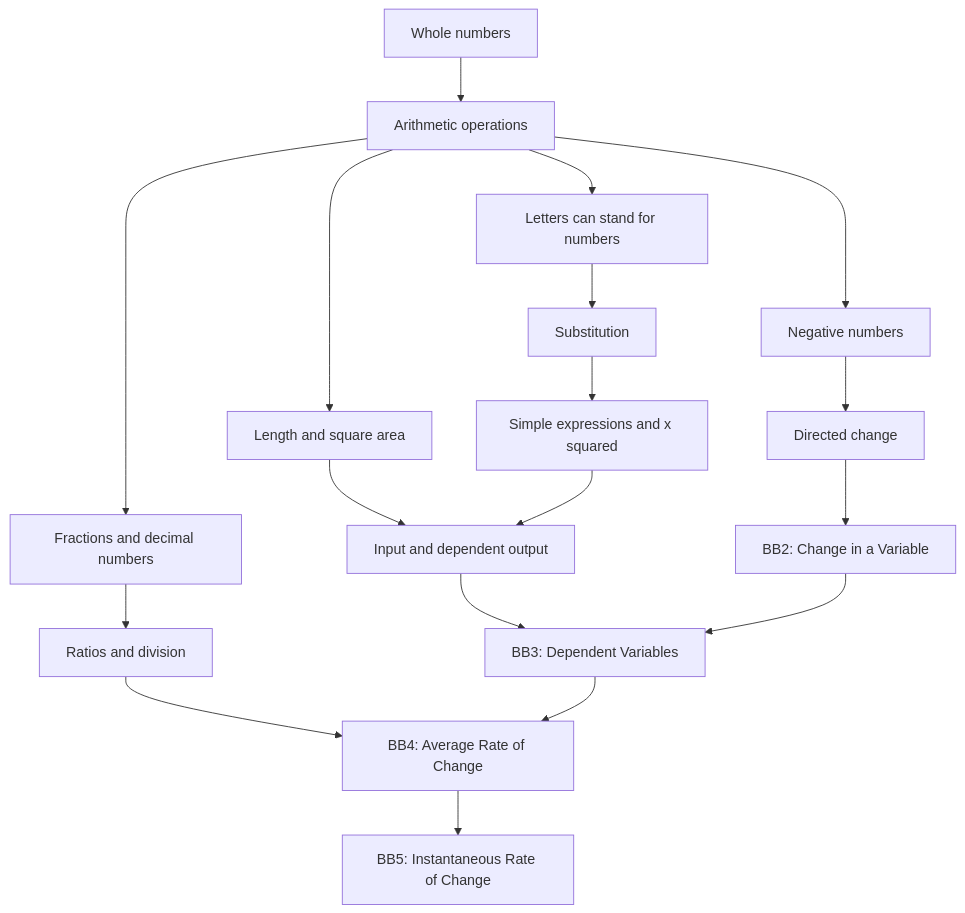
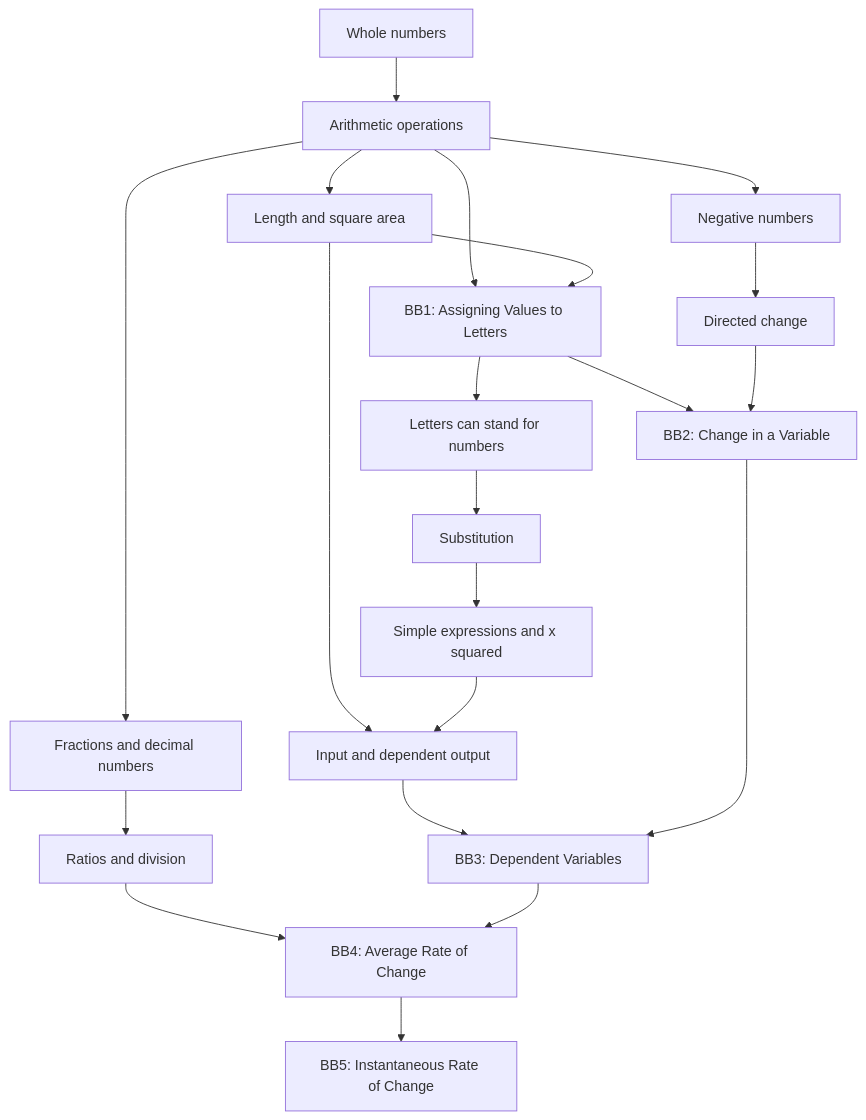
The diagram in curriculum/01-PREREQUISITE-MAP.md (alisid0/QUBIX_UNI-), drawn with Mermaid before and after one commit. The commit also changed other lines of this file and 19 other files, not shown here.

````diff
--- a/curriculum/01-PREREQUISITE-MAP.md
+++ b/curriculum/01-PREREQUISITE-MAP.md
@@ -9,20 +9,23 @@
 ```mermaid
 flowchart TD
   N0[Whole numbers] --> N1[Arithmetic operations]
   N1 --> N2[Negative numbers]
   N1 --> N3[Fractions and decimal numbers]
   N1 --> G0[Length and square area]
-  N1 --> A0[Letters can stand for numbers]
+  N1 --> B1["BB1: Assigning Values to Letters"]
+  G0 --> B1
+  B1 --> A0[Letters can stand for numbers]
+  B1 --> B2
   A0 --> A1[Substitution]
   A1 --> A2[Simple expressions and x squared]
   N2 --> C0[Directed change]
   N3 --> R0[Ratios and division]
   G0 --> F0[Input and dependent output]
   A2 --> F0
   C0 --> B2[BB2: Change in a Variable]
   F0 --> B3[BB3: Dependent Variables]
   R0 --> B4[BB4: Average Rate of Change]
   B2 --> B3
   B3 --> B4
   B4 --> B5[BB5: Instantaneous Rate of Change]
 ```
````
